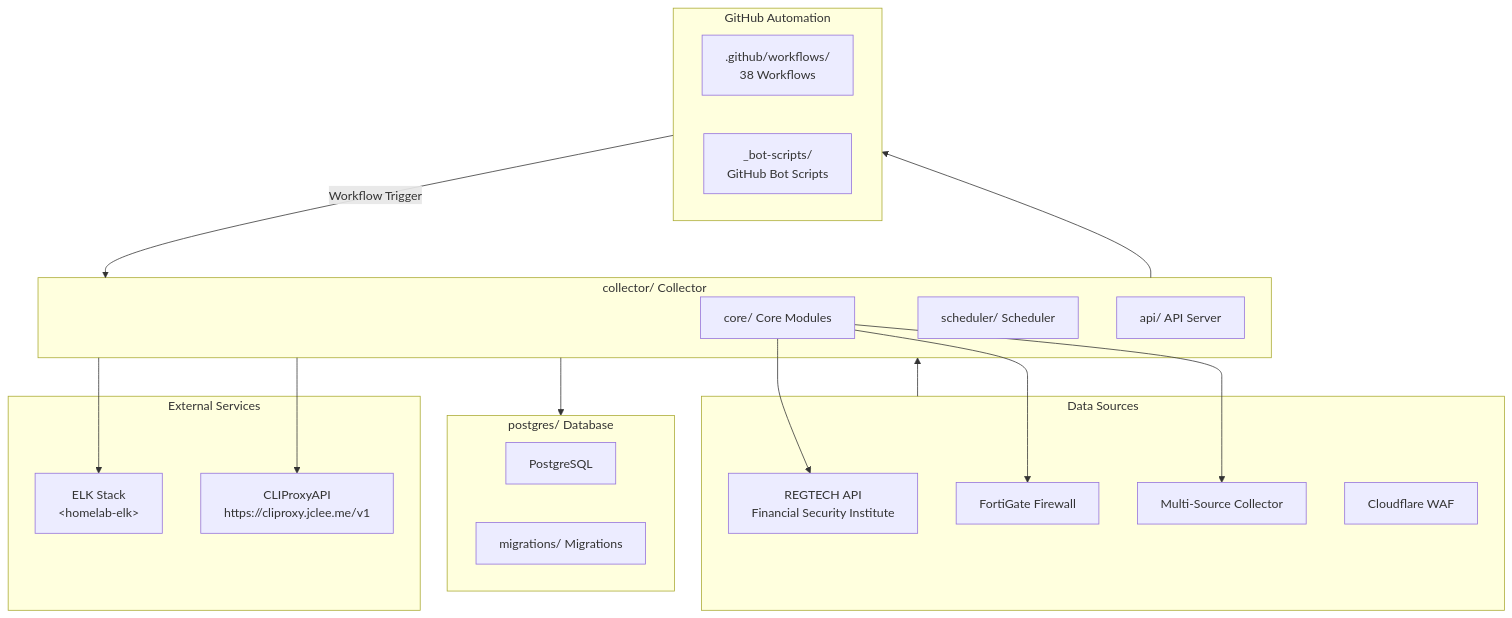
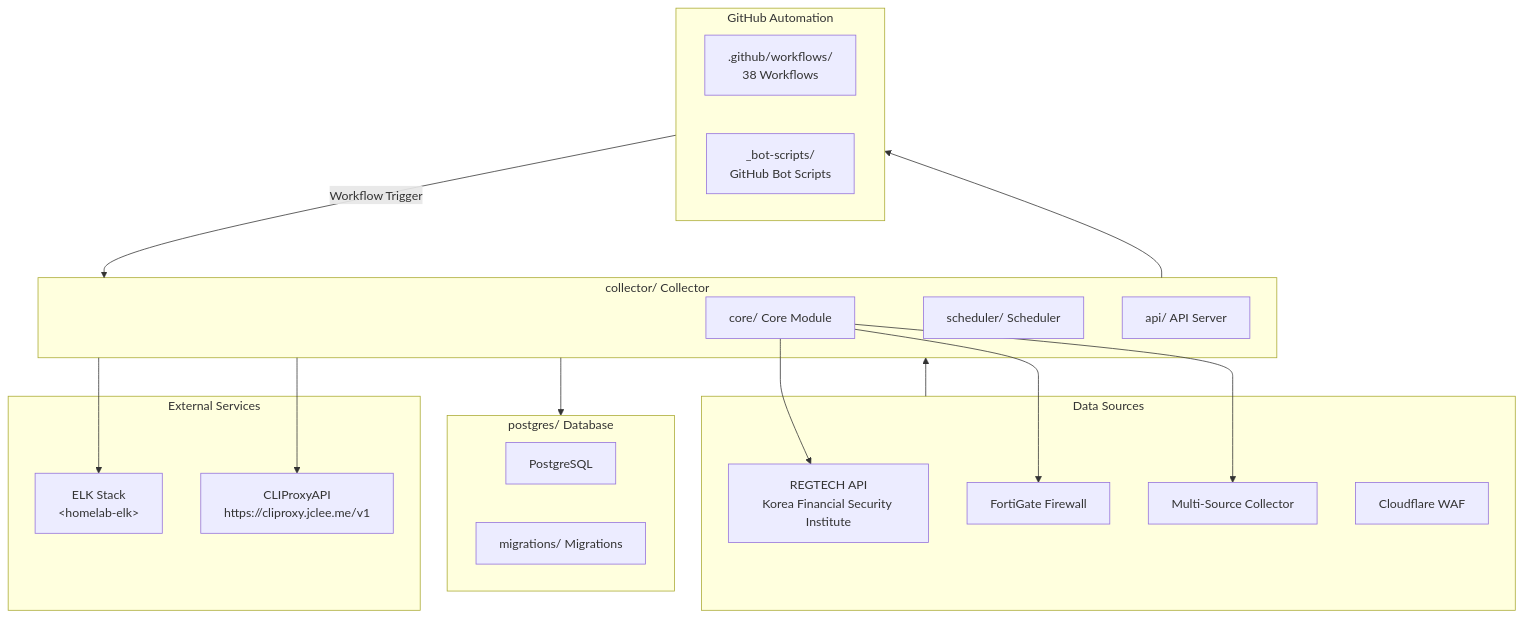
One commit to jclee941/blacklist changed the second of 2 diagrams in README.md. Above: the diagram before and after it, drawn with Mermaid. The commit also changed other lines of this file, not shown here.

````diff
--- a/README.md
+++ b/README.md
@@ -293,41 +302,41 @@
 ```mermaid
 flowchart TB
     subgraph DataSources["Data Sources"]
-        REGTECH["REGTECH API<br/>Financial Security Institute"]
+        REGTECH["REGTECH API<br/>Korea Financial Security Institute"]
         FORTIGATE["FortiGate Firewall"]
         MULTI["Multi-Source Collector"]
         CLOUDFLARE["Cloudflare WAF"]
     end
 
     subgraph Collector["collector/ Collector"]
-        CORE["core/ Core Modules"]
+        CORE["core/ Core Module"]
         SCHEDULER["scheduler/ Scheduler"]
         API["api/ API Server"]
 
         CORE --> FORTIGATE
         CORE --> REGTECH
         CORE --> MULTI
     end
 
     subgraph Database["postgres/ Database"]
         PG["PostgreSQL"]
         MIGRATIONS["migrations/ Migrations"]
     end
 
     subgraph GitHubAutomation["GitHub Automation"]
         WORKFLOWS[".github/workflows/<br/>38 Workflows"]
         BOTS["_bot-scripts/<br/>GitHub Bot Scripts"]
     end
 
     subgraph ExternalServices["External Services"]
         ELK["ELK Stack<br/>&lt;homelab-elk&gt;"]
         PROXY["CLIProxyAPI<br/>https://cliproxy.jclee.me/v1"]
     end
 
     DataSources --> Collector
     Collector --> Database
     Collector --> GitHubAutomation
     GitHubAutomation -->|"Workflow Trigger"| Collector
     Collector --> ELK
     Collector --> PROXY
 ```
````
